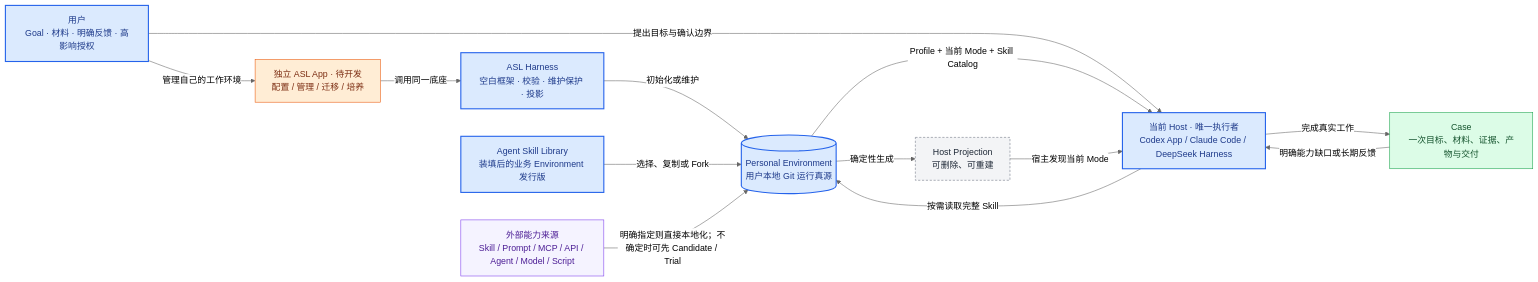
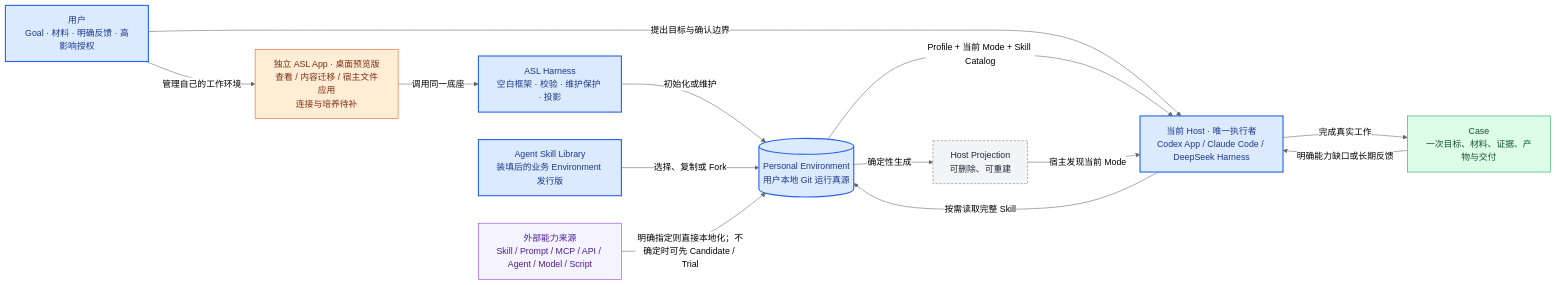
The second of 20 diagrams in docs/asl-architecture-views.md (qihangzhang-272/asl-harness), drawn with Mermaid (neutral theme) before and after one commit. The commit also changed other lines of this file and 16 other files, not shown here.

````diff
--- a/docs/asl-architecture-views.md
+++ b/docs/asl-architecture-views.md
@@ -188,36 +188,36 @@
 ```mermaid
 flowchart LR
     USER["用户<br/>Goal · 材料 · 明确反馈 · 高影响授权"]
     HOST["当前 Host · 唯一执行者<br/>Codex App / Claude Code / DeepSeek Harness"]
     HARNESS["ASL Harness<br/>空白框架 · 校验 · 维护保护 · 投影"]
     LIBRARY["Agent Skill Library<br/>装填后的业务 Environment 发行版"]
     ENV[("Personal Environment<br/>用户本地 Git 运行真源")]
     CASE["Case<br/>一次目标、材料、证据、产物与交付"]
     EXTERNAL["外部能力来源<br/>Skill / Prompt / MCP / API / Agent / Model / Script"]
     PROJECTION["Host Projection<br/>可删除、可重建"]
 
-    APP["独立 ASL App · 待开发<br/>配置 / 管理 / 迁移 / 培养"]
+    APP["独立 ASL App · 桌面预览版<br/>查看 / 内容迁移 / 宿主文件应用<br/>连接与培养待补"]
     USER -->|管理自己的工作环境| APP
     APP -->|调用同一底座| HARNESS
     USER -->|提出目标与确认边界| HOST
     HARNESS -->|初始化或维护| ENV
     LIBRARY -->|选择、复制或 Fork| ENV
     ENV -->|Profile + 当前 Mode + Skill Catalog| HOST
     HOST -->|按需读取完整 Skill| ENV
     HOST -->|完成真实工作| CASE
     CASE -->|明确能力缺口或长期反馈| HOST
     EXTERNAL -->|明确指定则直接本地化；不确定时可先 Candidate / Trial| ENV
     ENV -->|确定性生成| PROJECTION
     PROJECTION -->|宿主发现当前 Mode| HOST
 
     classDef locked fill:#dbeafe,stroke:#2563eb,color:#1e3a8a,stroke-width:2px;
     classDef done fill:#dcfce7,stroke:#16a34a,color:#14532d;
     classDef generated fill:#f3f4f6,stroke:#6b7280,color:#1f2937,stroke-dasharray:4 3;
     classDef source fill:#f5f3ff,stroke:#7c3aed,color:#4c1d95;
     classDef pending fill:#ffedd5,stroke:#ea580c,color:#7c2d12;
     class APP pending;
     class USER,HOST,HARNESS,LIBRARY,ENV locked;
     class CASE done;
     class PROJECTION generated;
     class EXTERNAL source;
 ```
````
